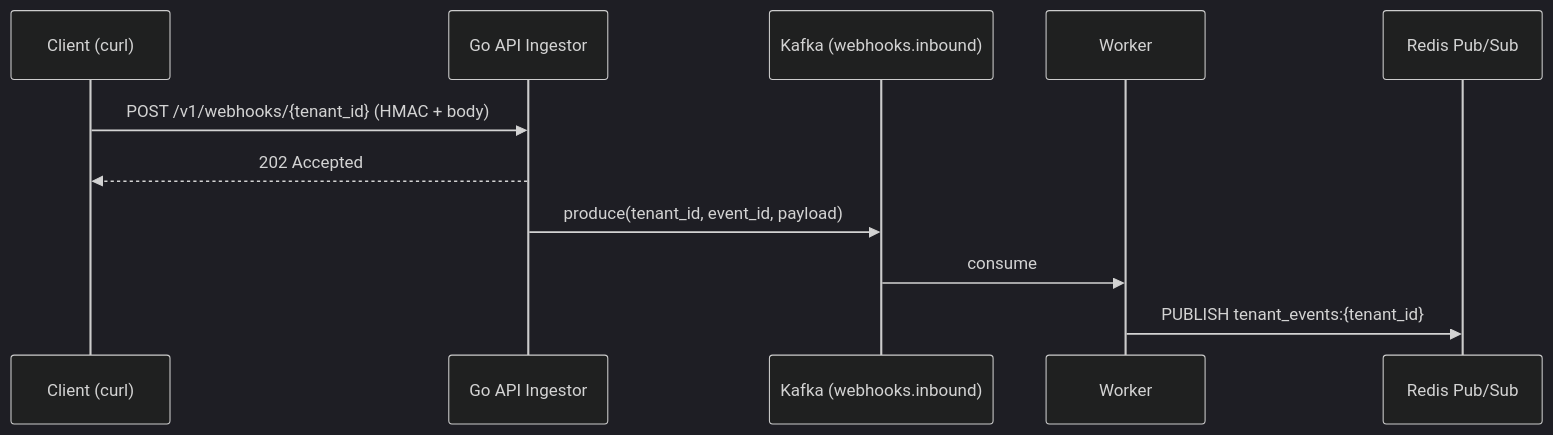
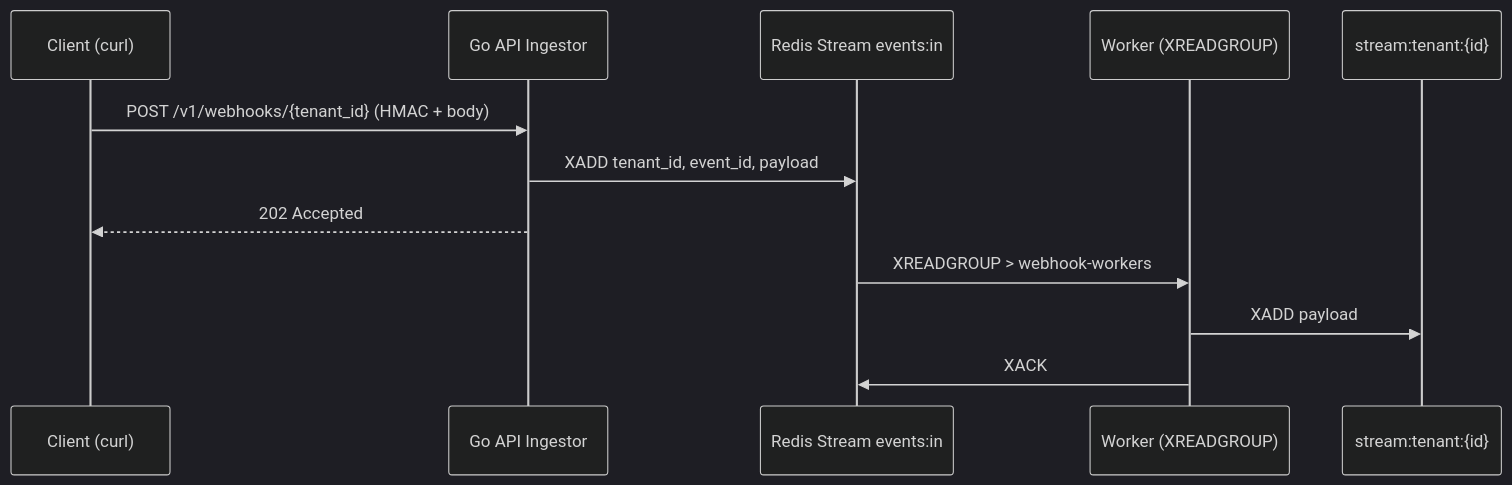
One commit to gbiumdonadon/easyhooks changed the diagram in docs/docs/getting-started/first-event.md. Above: the diagram before and after it, drawn with Mermaid (dark theme). The commit also changed other lines of this file and 66 other files, not shown here.

````diff
--- a/docs/docs/getting-started/first-event.md
+++ b/docs/docs/getting-started/first-event.md
@@ -12,13 +12,14 @@
 ```mermaid
 sequenceDiagram
     participant C as Client (curl)
     participant API as Go API Ingestor
-    participant K as Kafka (webhooks.inbound)
-    participant W as Worker
-    participant R as Redis Pub/Sub
+    participant S as Redis Stream events:in
+    participant W as Worker (XREADGROUP)
+    participant T as stream:tenant:{id}
     C->>API: POST /v1/webhooks/{tenant_id} (HMAC + body)
+    API->>S: XADD tenant_id, event_id, payload
     API-->>C: 202 Accepted
-    API->>K: produce(tenant_id, event_id, payload)
-    K->>W: consume
-    W->>R: PUBLISH tenant_events:{tenant_id}
+    S->>W: XREADGROUP > webhook-workers
+    W->>T: XADD payload
+    W->>S: XACK
 ```
````
